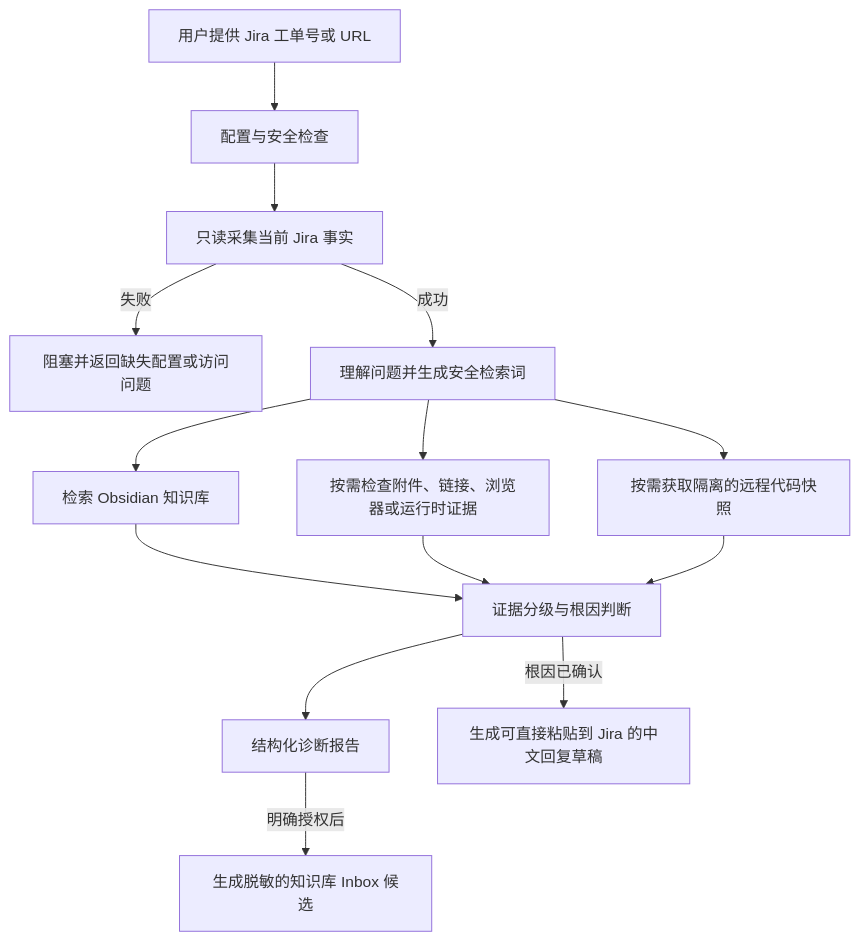
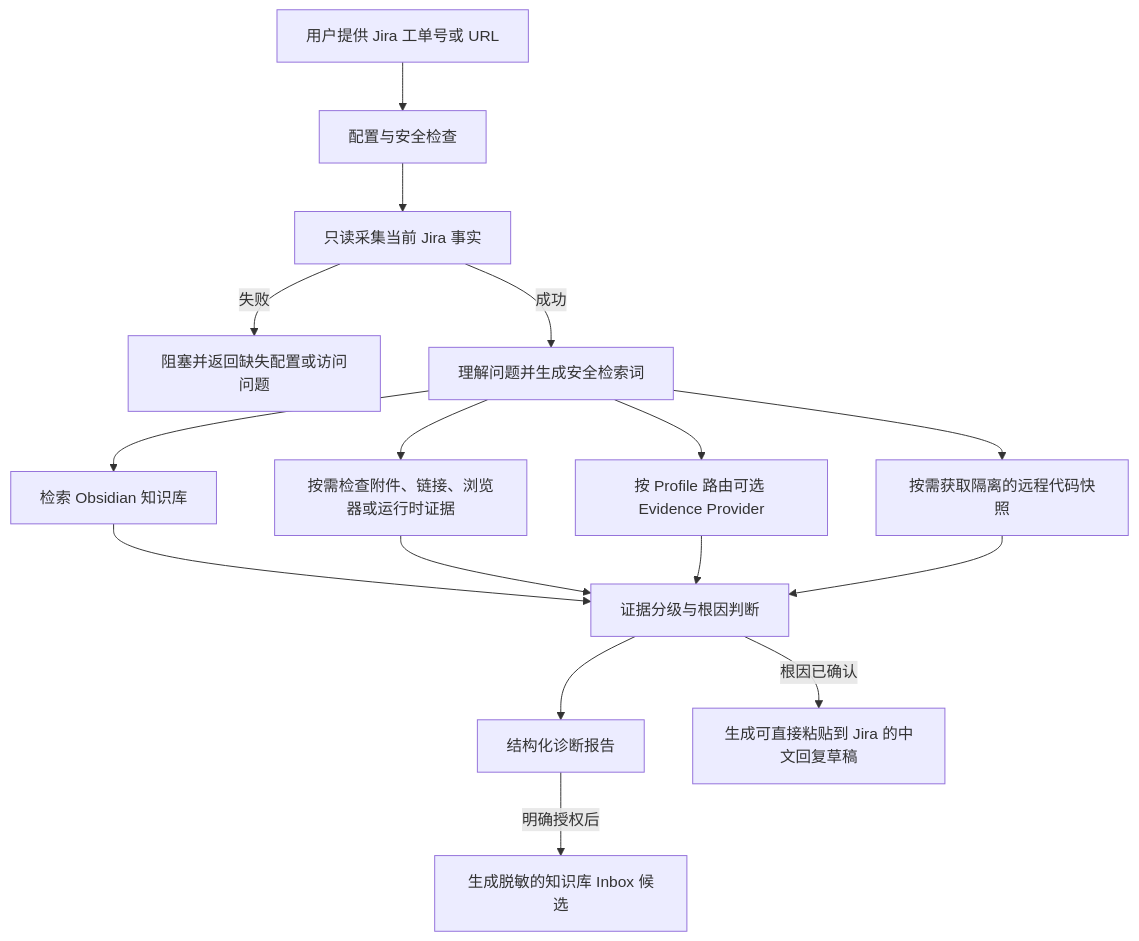
One commit to AlvinGgg/l05-diagnosis-skill changed the diagram in README.md. Above: the diagram before and after it, drawn with Mermaid. The commit also changed other lines of this file and 21 other files, not shown here.

````diff
--- a/README.md
+++ b/README.md
@@ -9,16 +9,18 @@
 ```mermaid
 flowchart TD
     U["用户提供 Jira 工单号或 URL"] --> G["配置与安全检查"]
     G --> J["只读采集当前 Jira 事实"]
     J -->|失败| B["阻塞并返回缺失配置或访问问题"]
     J -->|成功| Q["理解问题并生成安全检索词"]
     Q --> K["检索 Obsidian 知识库"]
     Q --> E["按需检查附件、链接、浏览器或运行时证据"]
+    Q --> O["按 Profile 路由可选 Evidence Provider"]
     Q --> C["按需获取隔离的远程代码快照"]
     K --> R["证据分级与根因判断"]
     E --> R
+    O --> R
     C --> R
     R --> D["结构化诊断报告"]
     R -->|根因已确认| P["生成可直接粘贴到 Jira 的中文回复草稿"]
     D -->|明确授权后| I["生成脱敏的知识库 Inbox 候选"]
 ```
````
